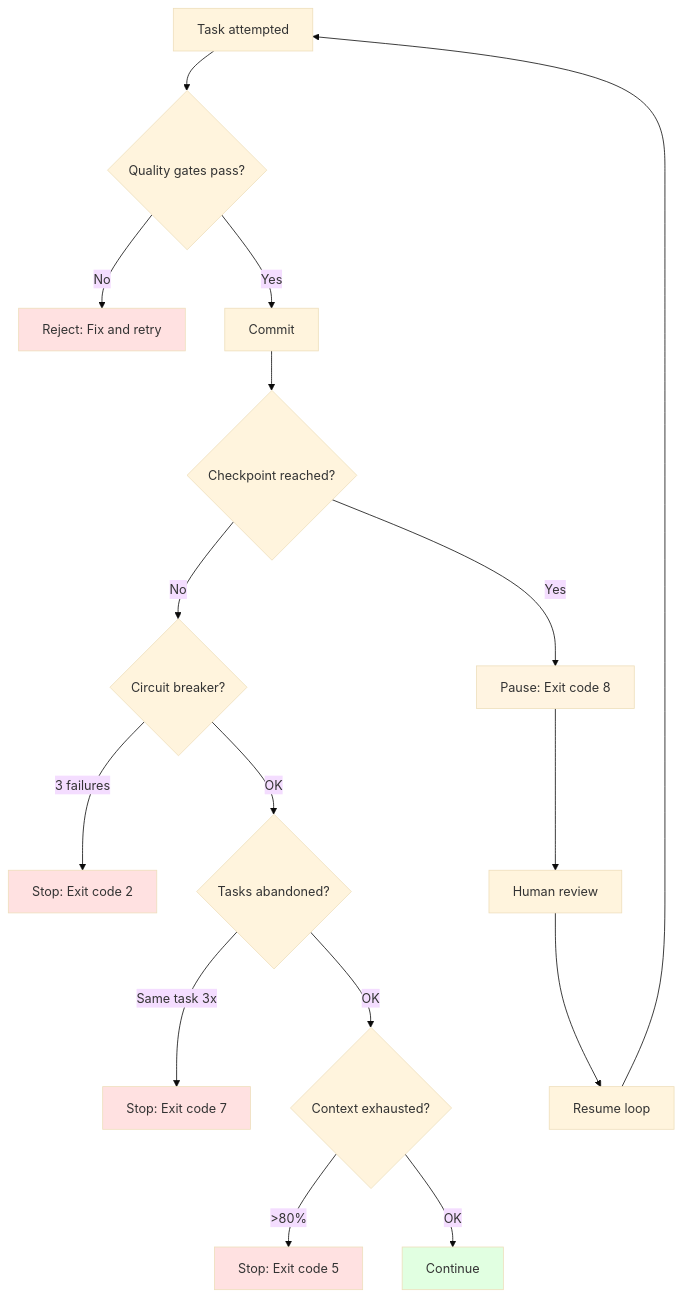
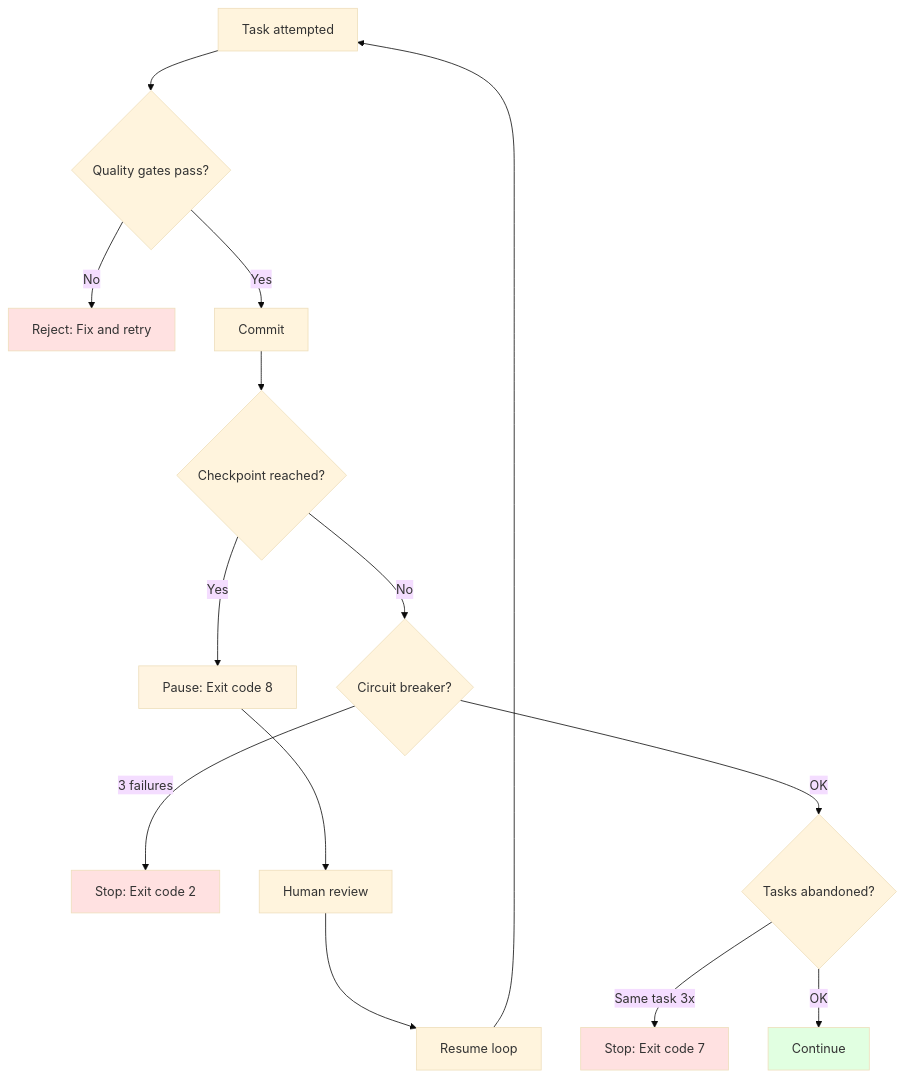
Before and after one commit to Dario-Arcos/ai-framework: the diagram in skills/ralph-orchestrator/references/backpressure.md, drawn with Mermaid (base theme). The commit also changed other lines of this file and 12 other files, not shown here.

````diff
--- a/skills/ralph-orchestrator/references/backpressure.md
+++ b/skills/ralph-orchestrator/references/backpressure.md
@@ -155,30 +155,26 @@
 ```mermaid
 graph TD
     A[Task attempted] --> B{Quality gates pass?}
     B -->|No| C[Reject: Fix and retry]
     B -->|Yes| D[Commit]
 
     D --> E{Checkpoint reached?}
     E -->|Yes| F[Pause: Exit code 8]
     E -->|No| G{Circuit breaker?}
 
     G -->|3 failures| H[Stop: Exit code 2]
     G -->|OK| I{Tasks abandoned?}
 
     I -->|Same task 3x| J[Stop: Exit code 7]
-    I -->|OK| K{Context exhausted?}
-
-    K -->|>80%| L[Stop: Exit code 5]
-    K -->|OK| M[Continue]
+    I -->|OK| M[Continue]
 
     F --> N[Human review]
     N --> O[Resume loop]
     O --> A
 
     style C fill:#ffe1e1
     style F fill:#fff4e1
     style H fill:#ffe1e1
     style J fill:#ffe1e1
-    style L fill:#ffe1e1
     style M fill:#e1ffe1
 ```
````
